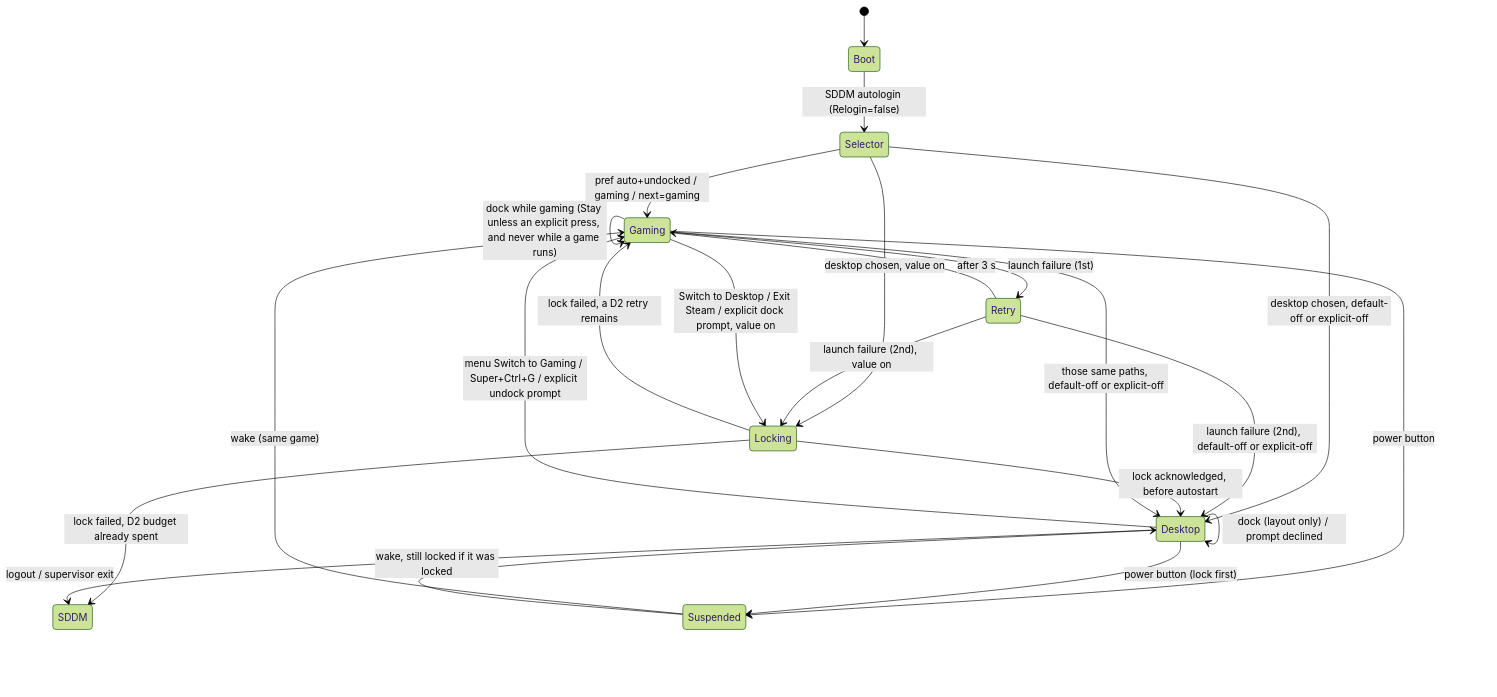
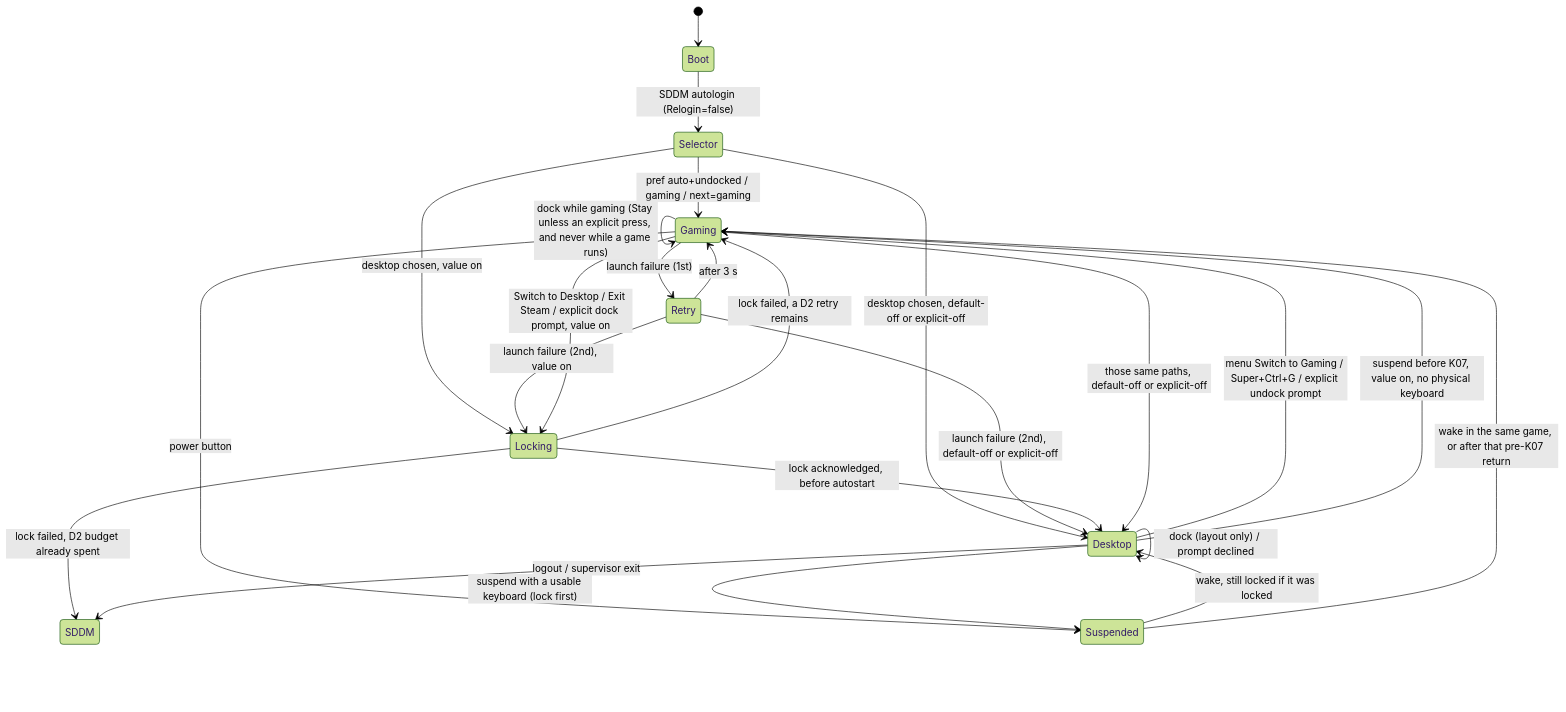
The diagram in docs/handheld/02-mode-switch-and-dock.md (DanielJBurbridge/omarchy), drawn with Mermaid (forest theme) before and after one commit. The commit also changed other lines of this file and 1 other file, not shown here.

First line of the commit message:
Record the pre-K07 suspend lock and overlay switch

````diff
--- a/docs/handheld/02-mode-switch-and-dock.md
+++ b/docs/handheld/02-mode-switch-and-dock.md
@@ -266,25 +292,26 @@
 ```mermaid
 stateDiagram-v2
     [*] --> Boot
     Boot --> Selector: SDDM autologin (Relogin=false)
     Selector --> Gaming: pref auto+undocked / gaming / next=gaming
     Selector --> Locking: desktop chosen, value on
     Selector --> Desktop: desktop chosen, default-off or explicit-off
     Gaming --> Retry: launch failure (1st)
     Retry --> Gaming: after 3 s
     Retry --> Locking: launch failure (2nd), value on
     Retry --> Desktop: launch failure (2nd), default-off or explicit-off
     Locking --> Desktop: lock acknowledged, before autostart
     Locking --> Gaming: lock failed, a D2 retry remains
     Locking --> SDDM: lock failed, D2 budget already spent
     Gaming --> Locking: Switch to Desktop / Exit Steam / explicit dock prompt, value on
     Gaming --> Desktop: those same paths, default-off or explicit-off
     Desktop --> Gaming: menu Switch to Gaming / Super+Ctrl+G / explicit undock prompt
     Gaming --> Gaming: dock while gaming (Stay unless an explicit press, and never while a game runs)
     Desktop --> Desktop: dock (layout only) / prompt declined
     Desktop --> SDDM: logout / supervisor exit
     Gaming --> Suspended: power button
-    Suspended --> Gaming: wake (same game)
-    Desktop --> Suspended: power button (lock first)
+    Desktop --> Suspended: suspend with a usable keyboard (lock first)
+    Desktop --> Gaming: suspend before K07, value on, no physical keyboard
     Suspended --> Desktop: wake, still locked if it was locked
+    Suspended --> Gaming: wake in the same game, or after that pre-K07 return
 ```
````
